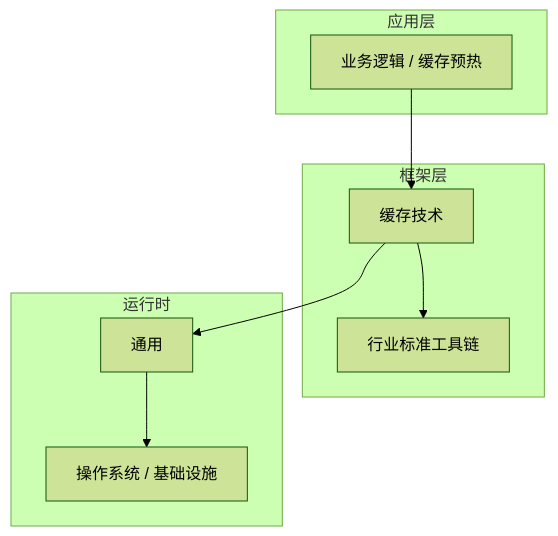
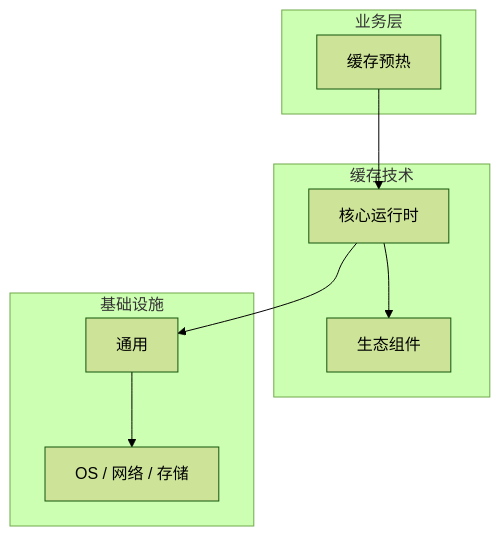
Before and after one commit to yanggan2015/knowledge-json-v2: the diagram in articles/缓存技术/chapters/051-缓存预热核心概念与原理.md, drawn with Mermaid (forest theme). The commit also changed other lines of this file and 10127 other files, not shown here.

````diff
--- a/articles/缓存技术/chapters/051-缓存预热核心概念与原理.md
+++ b/articles/缓存技术/chapters/051-缓存预热核心概念与原理.md
@@ -45,18 +34,18 @@
 ```mermaid
 graph TB
-    subgraph 应用层
-        A[业务逻辑 / 缓存预热]
+    subgraph 业务层
+        A[缓存预热]
     end
-    subgraph 框架层
-        B[缓存技术]
-        C[行业标准工具链]
+    subgraph 缓存技术
+        B[核心运行时]
+        C[生态组件]
     end
-    subgraph 运行时
+    subgraph 基础设施
         D[通用]
-        E[操作系统 / 基础设施]
+        E[OS / 网络 / 存储]
     end
     A --> B
     B --> C
     B --> D
     D --> E
 ```
````
